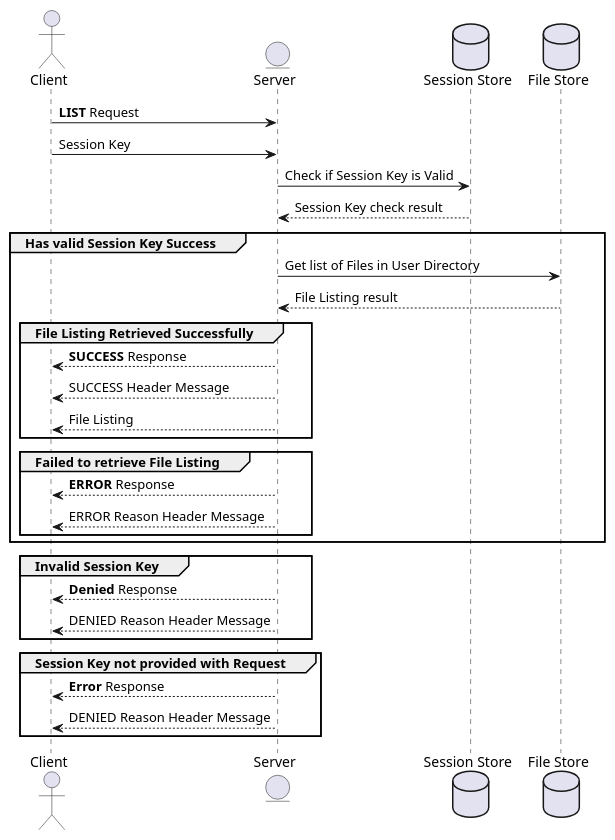
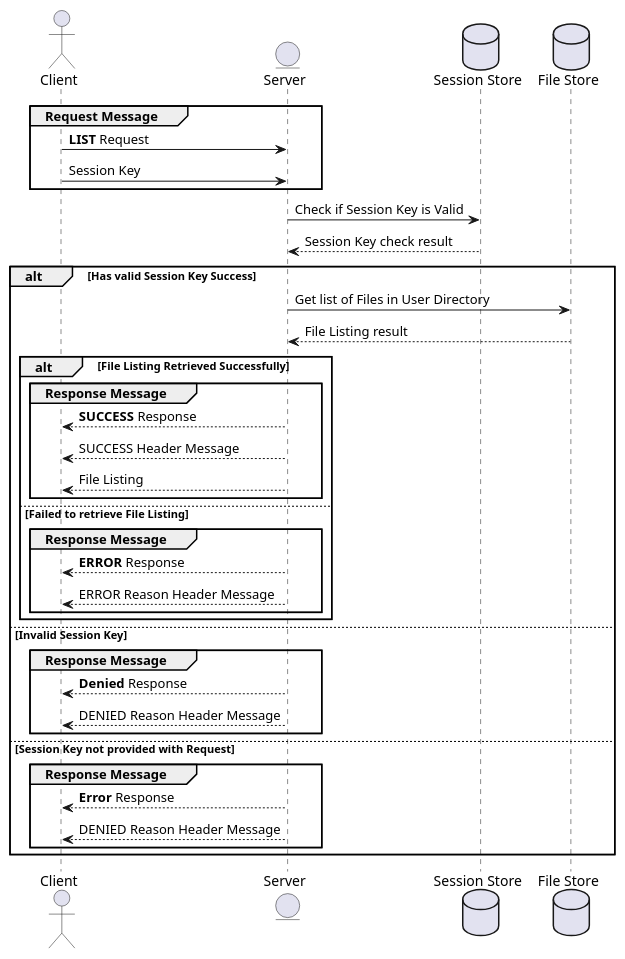
The diagram in diagrams/list_sequence.puml (mdgriffin/distributed-computing-project), drawn with PlantUML before and after one commit. The commit also changed 4 other files, not shown here.

```diff
--- a/diagrams/list_sequence.puml
+++ b/diagrams/list_sequence.puml
@@ -1,37 +1,43 @@
 @startuml
 actor Client
 entity Server
 Database "Session Store"
 Database "File Store"
 
-Client -> Server: **LIST** Request
-Client -> Server: Session Key
+group Request Message
+    Client -> Server: **LIST** Request
+    Client -> Server: Session Key
+end
+
 Server -> "Session Store": Check if Session Key is Valid
 "Session Store" --> Server: Session Key check result
 
-group Has valid Session Key Success
+alt Has valid Session Key Success
     Server -> "File Store": Get list of Files in User Directory
     "File Store" --> Server: File Listing result
 
-    group File Listing Retrieved Successfully
-        Server --> Client: **SUCCESS** Response
-        Server --> Client: SUCCESS Header Message
-        Server --> Client: File Listing
+    alt File Listing Retrieved Successfully
+        group Response Message
+            Server --> Client: **SUCCESS** Response
+            Server --> Client: SUCCESS Header Message
+            Server --> Client: File Listing
+        end
+    else Failed to retrieve File Listing
+        group Response Message
+            Server --> Client: **ERROR** Response
+            Server --> Client: ERROR Reason Header Message
+        end
     end
 
-    group Failed to retrieve File Listing
-        Server --> Client: **ERROR** Response
-        Server --> Client: ERROR Reason Header Message
+else Invalid Session Key
+    group Response Message
+        Server --> Client: **Denied** Response
+        Server --> Client: DENIED Reason Header Message
+    end
+else Session Key not provided with Request
+    group Response Message
+        Server --> Client: **Error** Response
+        Server --> Client: DENIED Reason Header Message
     end
 end
-
-group Invalid Session Key
-    Server --> Client: **Denied** Response
-    Server --> Client: DENIED Reason Header Message
-end
-
-group Session Key not provided with Request
-    Server --> Client: **Error** Response
-    Server --> Client: DENIED Reason Header Message
-end
 @enduml
```
